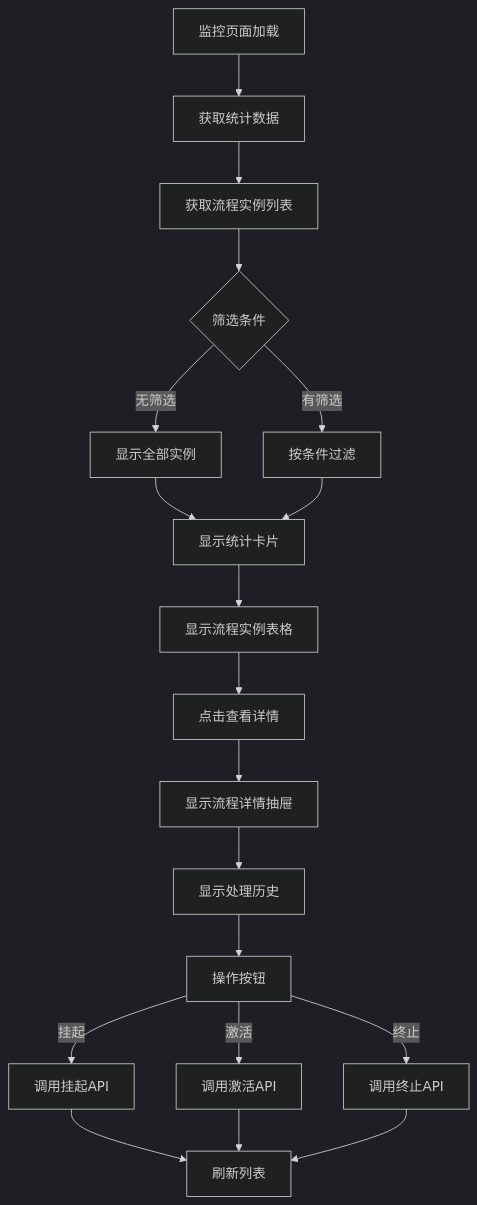
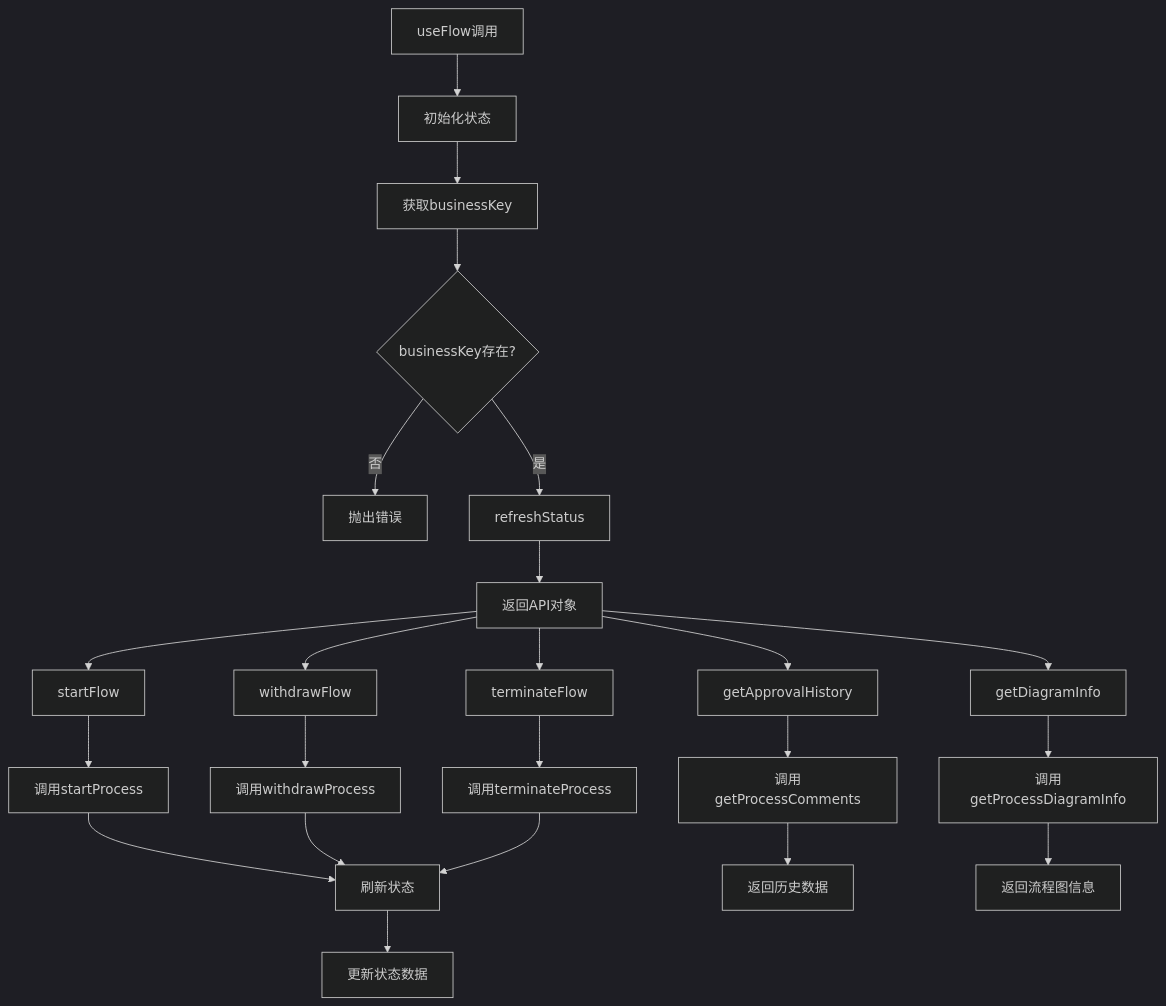
Before and after one commit to yaomindong1996/forge-admin: the fifth of 11 diagrams in .qoder/repowiki/zh/content/前端框架详解/前端工作流组件.md, drawn with Mermaid (dark theme). The commit also changed other lines of this file and 76 other files, not shown here.

````diff
--- a/.qoder/repowiki/zh/content/前端框架详解/前端工作流组件.md
+++ b/.qoder/repowiki/zh/content/前端框架详解/前端工作流组件.md
@@ -414,21 +432,25 @@
 ```mermaid
 flowchart TD
-A[监控页面加载] --> B[获取统计数据]
-B --> C[获取流程实例列表]
-C --> D{筛选条件}
-D --> |无筛选| E[显示全部实例]
-D --> |有筛选| F[按条件过滤]
-E --> G[显示统计卡片]
-F --> G
-G --> H[显示流程实例表格]
-H --> I[点击查看详情]
-I --> J[显示流程详情抽屉]
-J --> K[显示处理历史]
-K --> L[操作按钮]
-L --> |挂起| M[调用挂起API]
-L --> |激活| N[调用激活API]
-L --> |终止| O[调用终止API]
-M --> P[刷新列表]
-N --> P
-O --> P
+A[useFlow调用] --> B[初始化状态]
+B --> C[获取businessKey]
+C --> D{businessKey存在?}
+D --> |否| E[抛出错误]
+D --> |是| F[refreshStatus]
+F --> G[返回API对象]
+G --> H[startFlow]
+G --> I[withdrawFlow]
+G --> J[terminateFlow]
+G --> K[getApprovalHistory]
+G --> L[getDiagramInfo]
+H --> M[调用startProcess]
+I --> N[调用withdrawProcess]
+J --> O[调用terminateProcess]
+K --> P[调用getProcessComments]
+L --> Q[调用getProcessDiagramInfo]
+M --> R[刷新状态]
+N --> R
+O --> R
+P --> S[返回历史数据]
+Q --> T[返回流程图信息]
+R --> U[更新状态数据]
 ```
````
